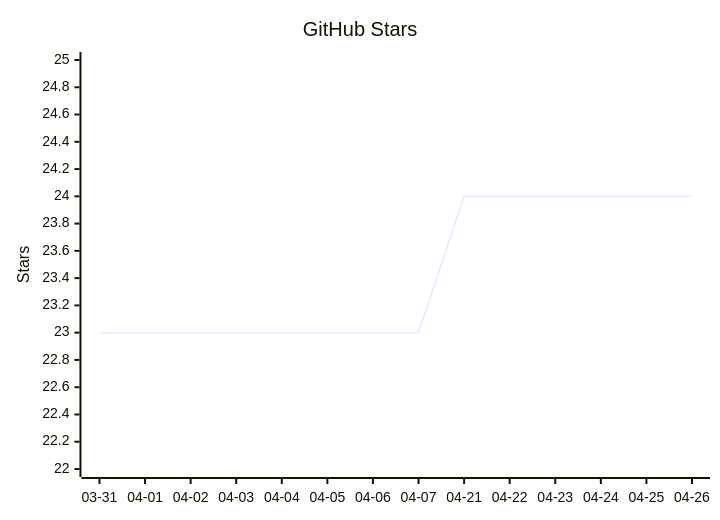
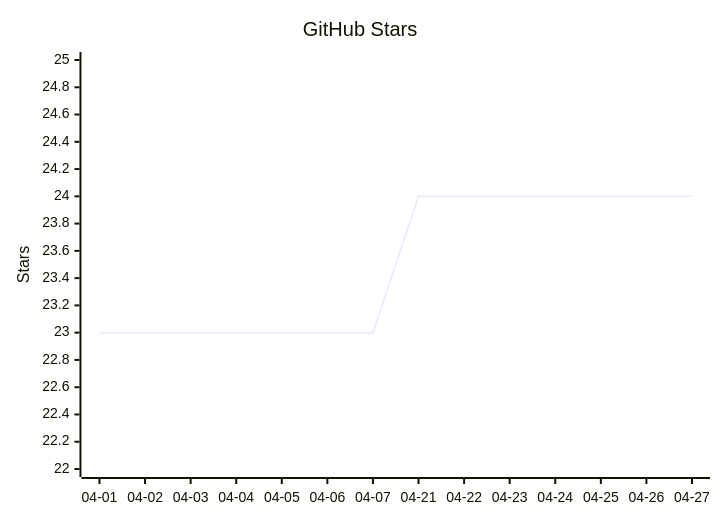
Before and after one commit to vectie/moonclaw: the diagram in README.mbt.md, drawn with Mermaid. The commit also changed other lines of this file and 1 other file, not shown here.

Commit message:
Update README star growth

````diff
--- a/README.mbt.md
+++ b/README.mbt.md
@@ -489,7 +489,7 @@
 ```mermaid
 xychart-beta
     title "GitHub Stars"
-    x-axis ["03-31","04-01","04-02","04-03","04-04","04-05","04-06","04-07","04-21","04-22","04-23","04-24","04-25","04-26"]
+    x-axis ["04-01","04-02","04-03","04-04","04-05","04-06","04-07","04-21","04-22","04-23","04-24","04-25","04-26","04-27"]
     y-axis "Stars" 22 --> 25
-    line [23,23,23,23,23,23,23,23,24,24,24,24,24,24]
+    line [23,23,23,23,23,23,23,24,24,24,24,24,24,24]
 ```
````
